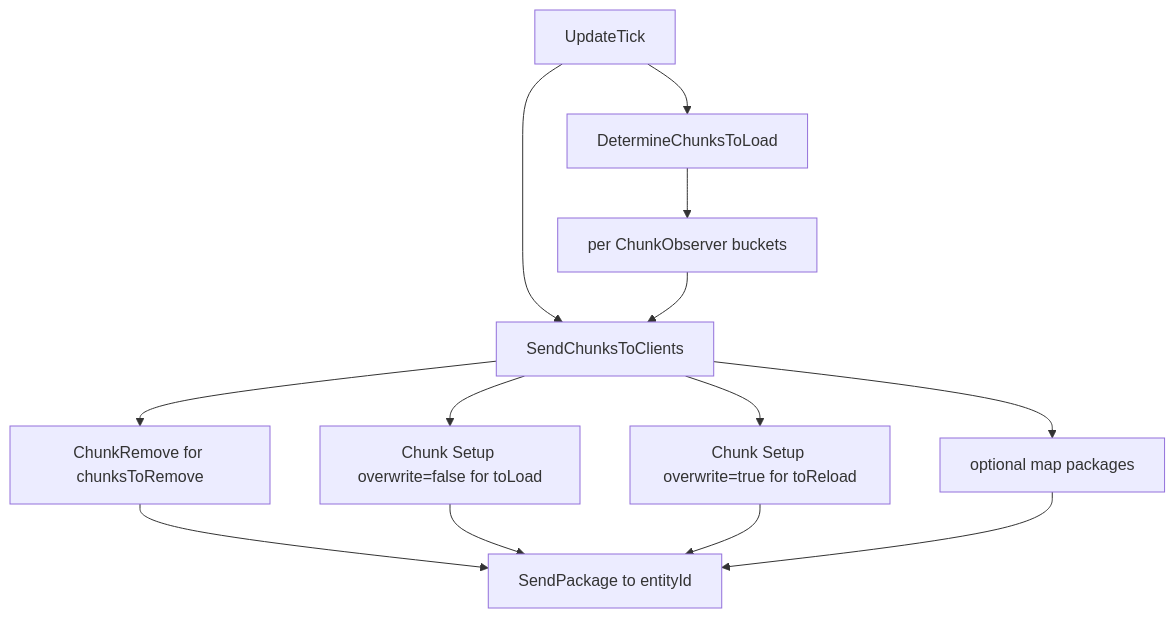
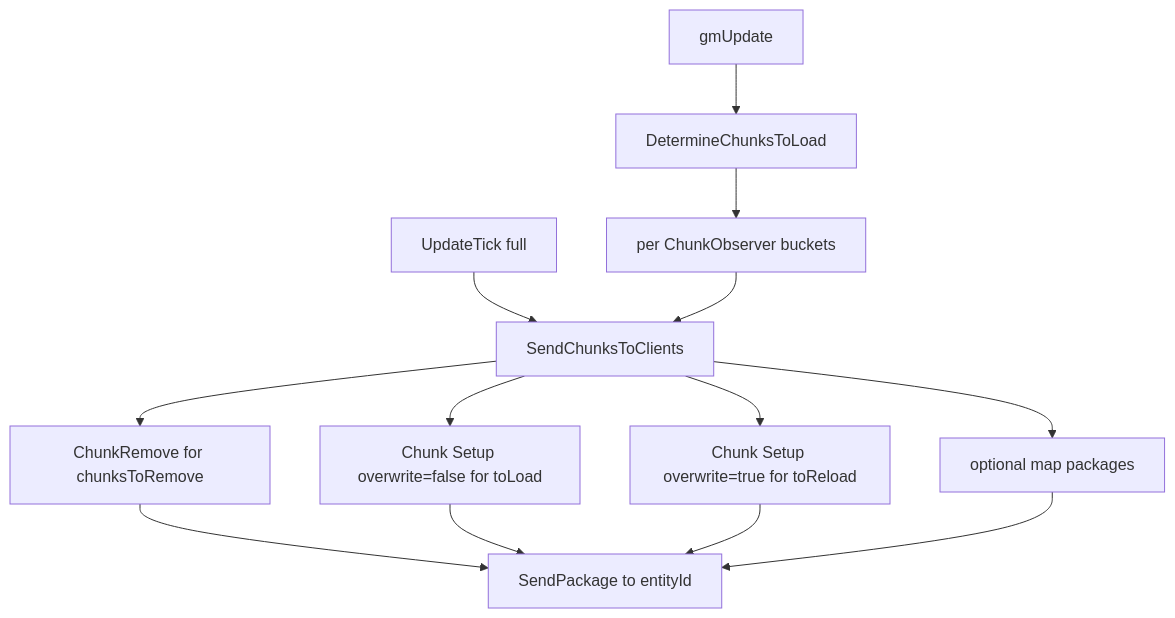
One commit to hordeforge/7dtd-engine-research changed the fourth of 7 diagrams in docs/world-chunks.md. Above: the diagram before and after it, drawn with Mermaid. The commit also changed other lines of this file and 3 other files, not shown here.

First line of the commit message:
Document DetermineChunksToLoad ring and unload algorithm

````diff
--- a/docs/world-chunks.md
+++ b/docs/world-chunks.md
@@ -129,15 +130,15 @@
 ```mermaid
 flowchart TD
-  UT[UpdateTick] --> DCL[DetermineChunksToLoad]
+  GMu[gmUpdate] --> DCL[DetermineChunksToLoad]
   DCL --> Obs[per ChunkObserver buckets]
-  UT --> SCT[SendChunksToClients]
+  UT[UpdateTick full] --> SCT[SendChunksToClients]
   Obs --> SCT
   SCT --> Rem[ChunkRemove for chunksToRemove]
   SCT --> Load[Chunk Setup overwrite=false for toLoad]
   SCT --> Rel[Chunk Setup overwrite=true for toReload]
   SCT --> Map[optional map packages]
   Rem --> Send[SendPackage to entityId]
   Load --> Send
   Rel --> Send
   Map --> Send
 ```
````
